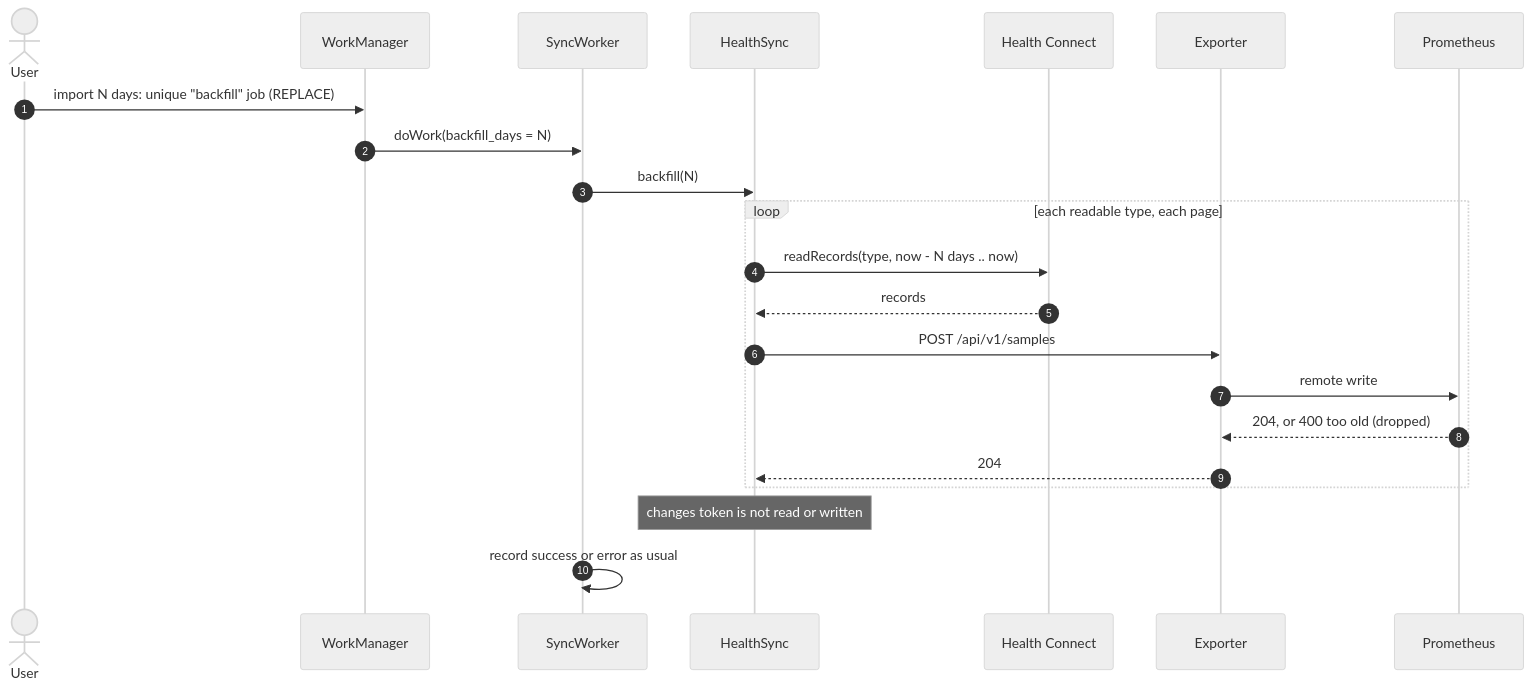
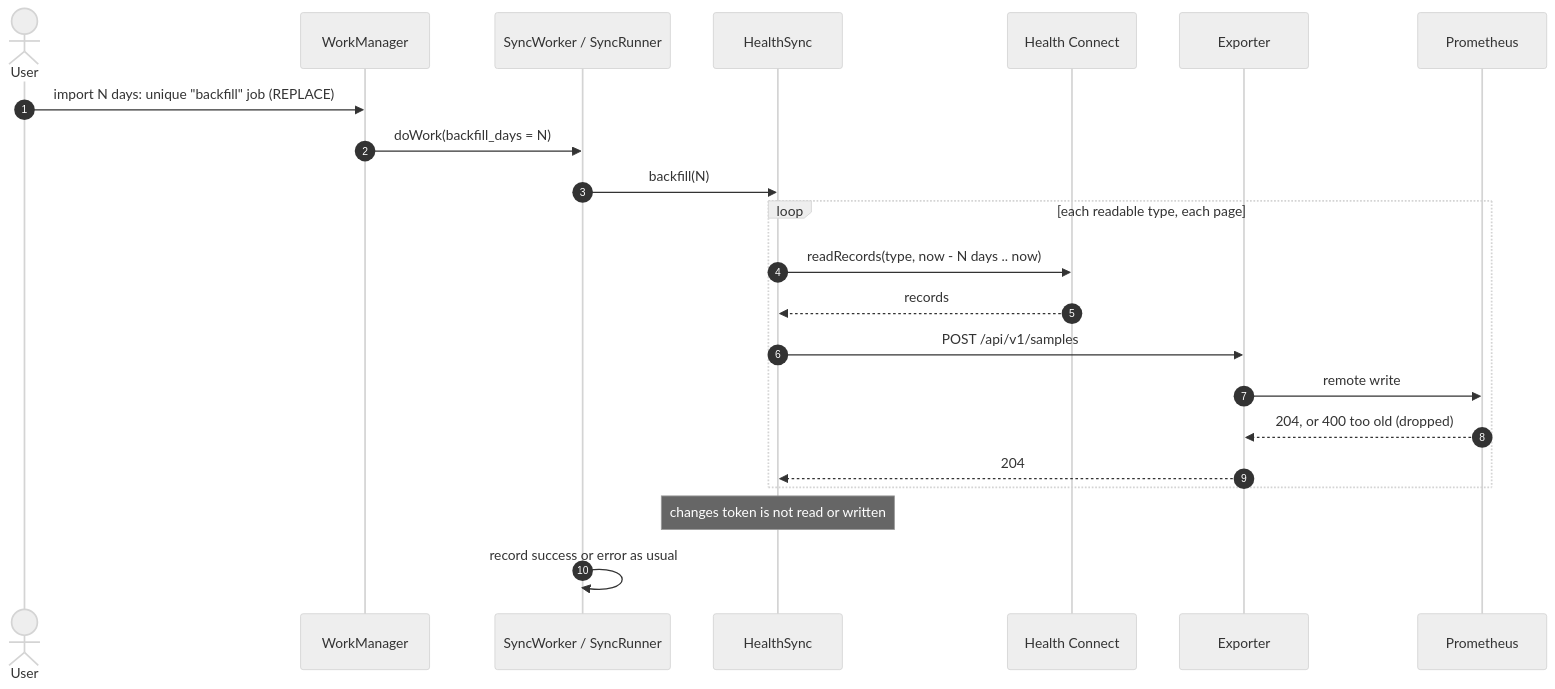
One commit to MateuxLucax/health-connect-bridge changed the sixth of 8 diagrams in docs/sequences.md. Above: the diagram before and after it, drawn with Mermaid (neutral theme). The commit also changed other lines of this file and 10 other files, not shown here.

````diff
--- a/docs/sequences.md
+++ b/docs/sequences.md
@@ -215,25 +216,25 @@
 ```mermaid
 sequenceDiagram
     autonumber
     actor U as User
     participant WM as WorkManager
-    participant W as SyncWorker
+    participant W as SyncWorker / SyncRunner
     participant S as HealthSync
     participant HC as Health Connect
     participant E as Exporter
     participant P as Prometheus
 
     U->>WM: import N days: unique "backfill" job (REPLACE)
     WM->>W: doWork(backfill_days = N)
     W->>S: backfill(N)
     loop each readable type, each page
         S->>HC: readRecords(type, now - N days .. now)
         HC-->>S: records
         S->>E: POST /api/v1/samples
         E->>P: remote write
         P-->>E: 204, or 400 too old (dropped)
         E-->>S: 204
     end
     Note over S: changes token is not read or written
     W->>W: record success or error as usual
 ```
````
